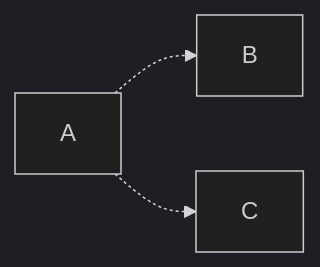
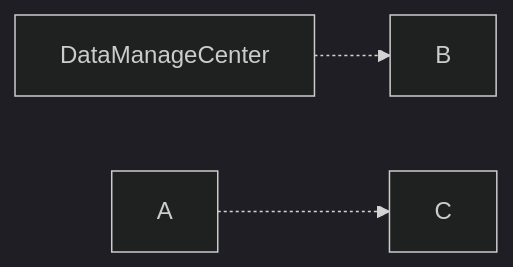
Before and after one commit to xiaojian-w/Gene-Regulatory-Networks-Construction: the diagram in design.md, drawn with Mermaid (dark theme). The commit also changed other lines of this file, not shown here.

````diff
--- a/design.md
+++ b/design.md
@@ -19,7 +21,7 @@
 ```mermaid
 graph LR; 
-A-.->B;
+DataManageCenter-.->B;
 A-.->C;
 
 
 ```
````
